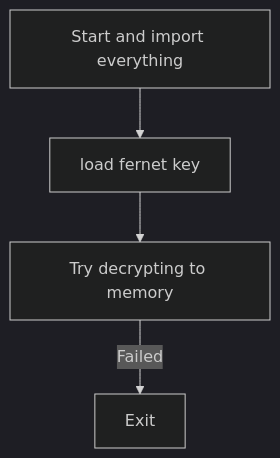
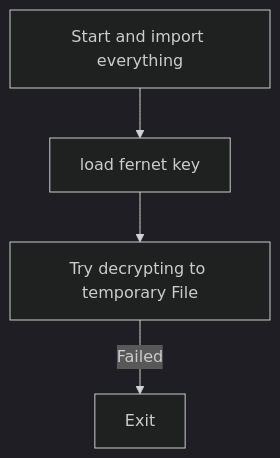
One commit to BSDSA-ISU/pandas-password-manager changed the diagram in utils/dEncryption.mmd. Above: the diagram before and after it, drawn with Mermaid (dark theme). The commit also changed 5 other files, not shown here.

```diff
--- a/utils/dEncryption.mmd
+++ b/utils/dEncryption.mmd
@@ -1,3 +1,3 @@
 flowchart TD
     A[Start and import everything] --> B["load fernet key"]
-    --> C["Try decrypting to memory"] --> |Failed| Exit
+    --> C["Try decrypting to temporary File"] --> |Failed| Exit
```
